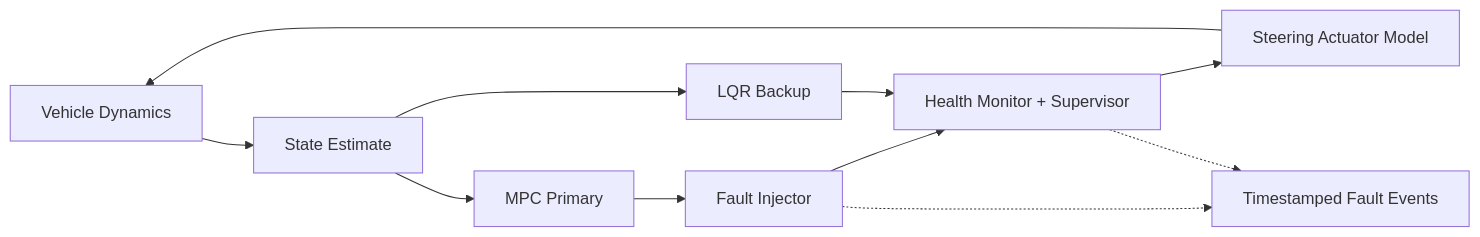
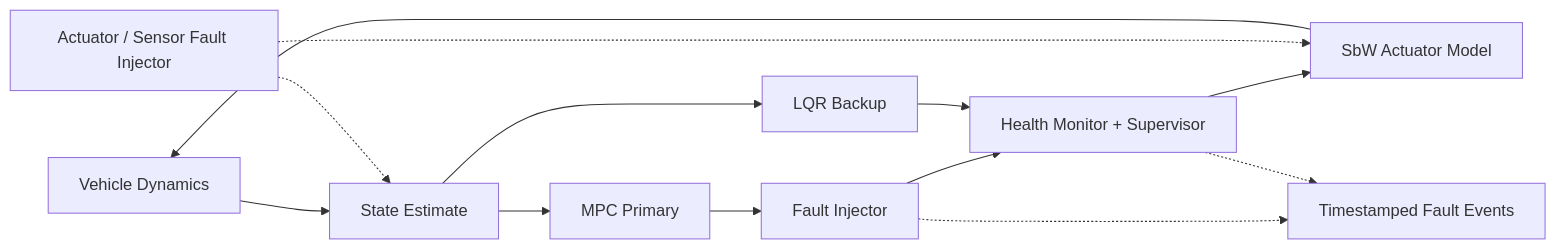
Before and after one commit to yoonju04/SIL_HACKATHON: the diagram in docs/ARCHITECTURE.md, drawn with Mermaid. The commit also changed other lines of this file and 4 other files, not shown here.

Commit message:
docs: clarify SbW scope as platform context with simplified actuator model

````diff
--- a/docs/ARCHITECTURE.md
+++ b/docs/ARCHITECTURE.md
@@ -12,13 +12,15 @@
 ```mermaid
 flowchart LR
   Plant[Vehicle Dynamics] --> Obs[State Estimate]
   Obs --> MPC[MPC Primary]
   Obs --> LQR[LQR Backup]
   MPC --> FI[Fault Injector]
   FI --> Supervisor[Health Monitor + Supervisor]
   LQR --> Supervisor
-  Supervisor --> Actuator[Steering Actuator Model]
+  Supervisor --> Actuator[SbW Actuator Model]
+  FI2[Actuator / Sensor Fault Injector] -.-> Actuator
+  FI2 -.-> Obs
   Actuator --> Plant
   FI -.-> Events[Timestamped Fault Events]
   Supervisor -.-> Events
 ```
````
